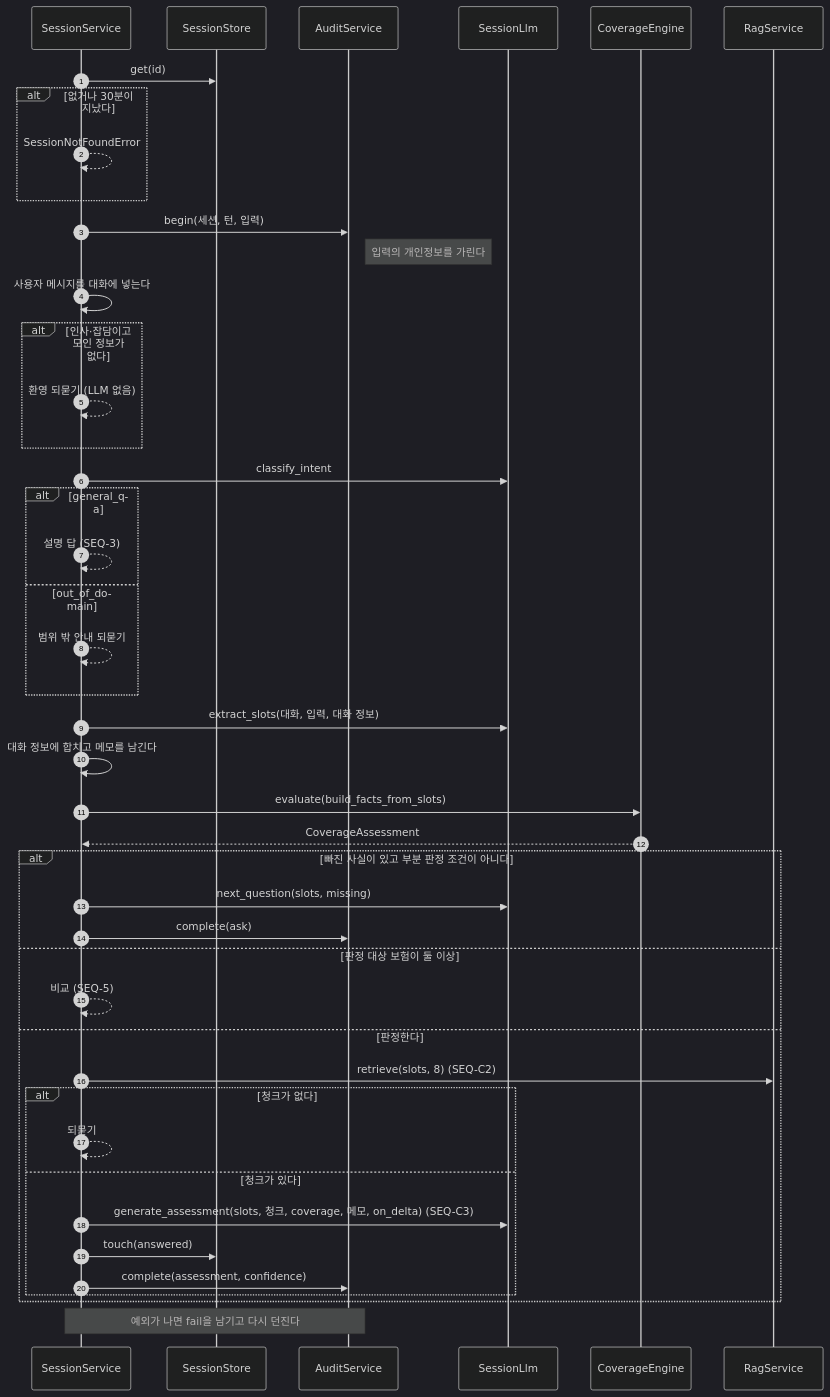
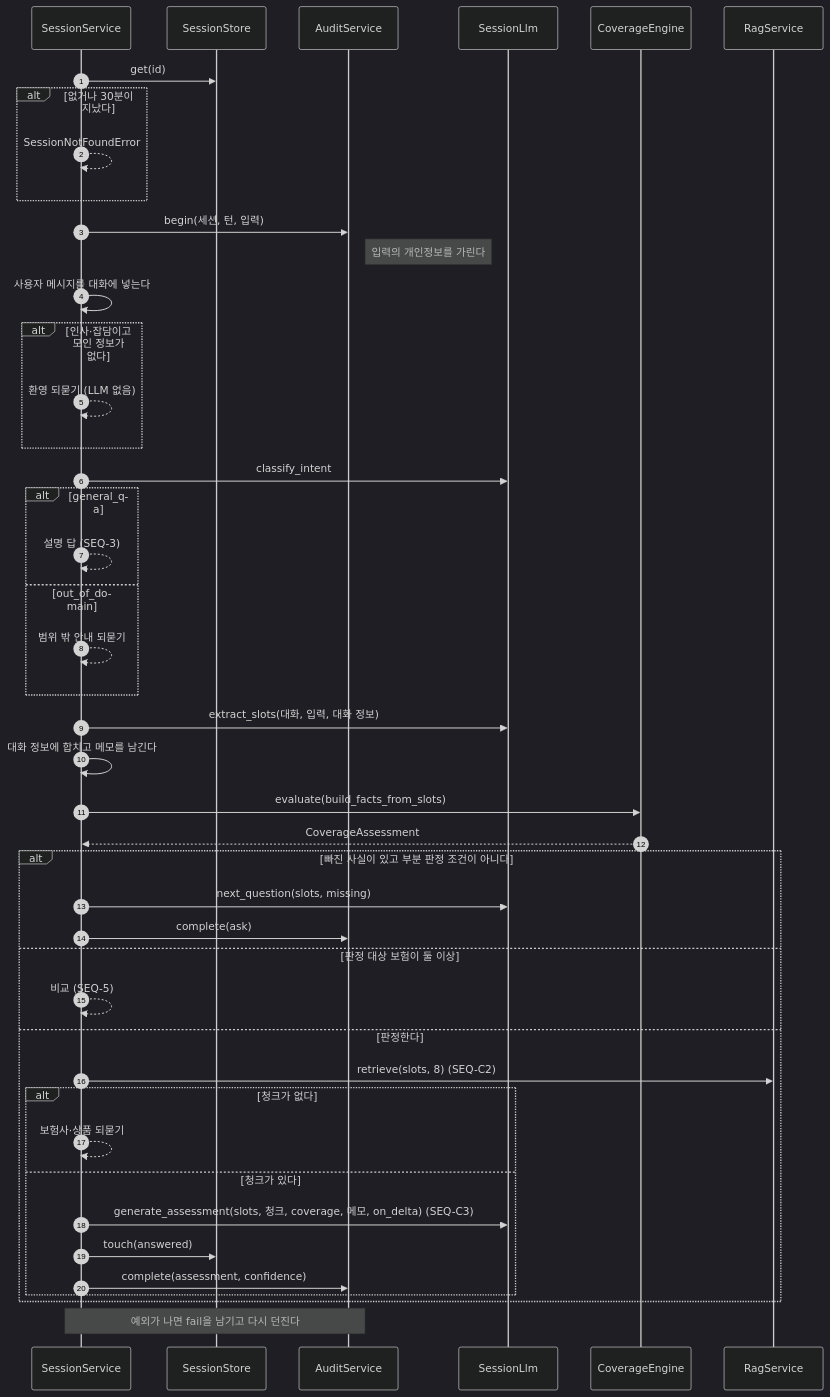
Diagram 12 of 15 in docs/specs/09-SEQ/INS-SEQ-002.md (HoyoungParkme/Insurance-Helper), drawn with Mermaid (dark theme) before and after one commit. The commit also changed other lines of this file, not shown here.

````diff
--- a/docs/specs/09-SEQ/INS-SEQ-002.md
+++ b/docs/specs/09-SEQ/INS-SEQ-002.md
@@ -489,46 +490,46 @@
 ```mermaid
 sequenceDiagram
     autonumber
     participant SS as SessionService
     participant ST as SessionStore
     participant AU as AuditService
     participant SL as SessionLlm
     participant CE as CoverageEngine
     participant RS as RagService
     SS->>ST: get(id)
     alt 없거나 30분이 지났다
         SS-->>SS: SessionNotFoundError
     end
     SS->>AU: begin(세션, 턴, 입력)
     Note right of AU: 입력의 개인정보를 가린다
     SS->>SS: 사용자 메시지를 대화에 넣는다
     alt 인사·잡담이고 모인 정보가 없다
         SS-->>SS: 환영 되묻기 (LLM 없음)
     end
     SS->>SL: classify_intent
     alt general_qa
         SS-->>SS: 설명 답 (SEQ-3)
     else out_of_domain
         SS-->>SS: 범위 밖 안내 되묻기
     end
     SS->>SL: extract_slots(대화, 입력, 대화 정보)
     SS->>SS: 대화 정보에 합치고 메모를 남긴다
     SS->>CE: evaluate(build_facts_from_slots)
     CE-->>SS: CoverageAssessment
     alt 빠진 사실이 있고 부분 판정 조건이 아니다
         SS->>SL: next_question(slots, missing)
         SS->>AU: complete(ask)
     else 판정 대상 보험이 둘 이상
         SS-->>SS: 비교 (SEQ-5)
     else 판정한다
         SS->>RS: retrieve(slots, 8) (SEQ-C2)
         alt 청크가 없다
-            SS-->>SS: 되묻기
+            SS-->>SS: 보험사·상품 되묻기
         else 청크가 있다
             SS->>SL: generate_assessment(slots, 청크, coverage, 메모, on_delta) (SEQ-C3)
             SS->>ST: touch(answered)
             SS->>AU: complete(assessment, confidence)
         end
     end
     Note over SS,AU: 예외가 나면 fail을 남기고 다시 던진다
 ```
````
